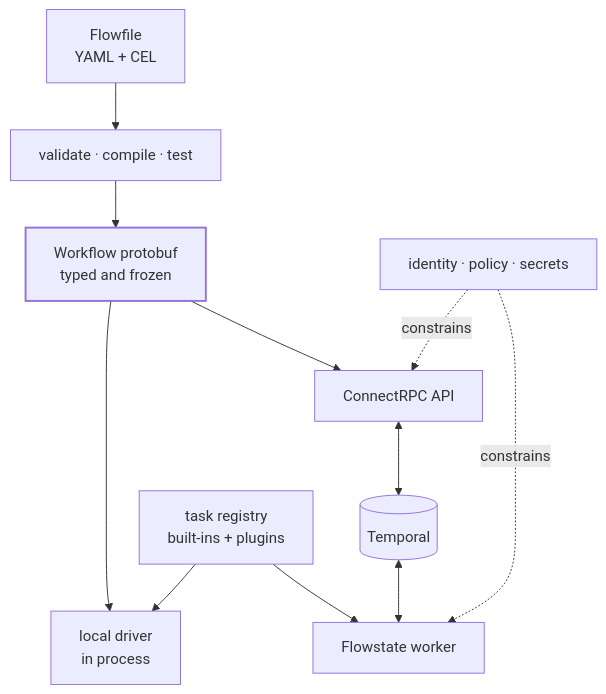
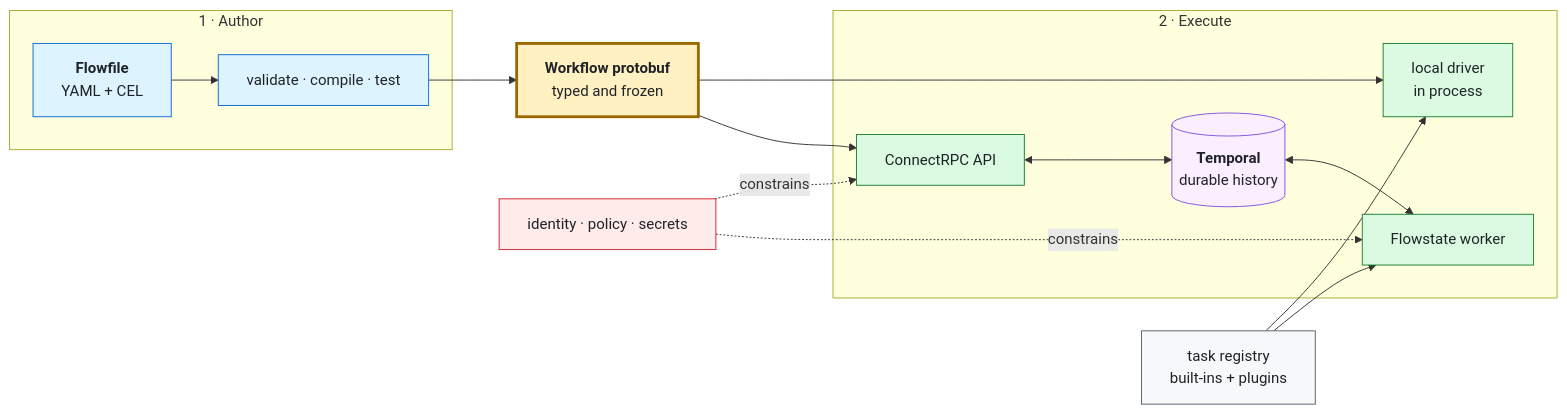
Before and after one commit to picatz/flowstate: the diagram in README.md, drawn with Mermaid. The commit also changed 8 other files, not shown here.

First line of the commit message:
docs: give every diagram one palette and a style guide

````diff
--- a/README.md
+++ b/README.md
@@ -129,16 +129,42 @@
 ```mermaid
-flowchart TB
-  File["Flowfile<br/>YAML + CEL"] --> Check["validate · compile · test"]
-  Check --> Spec["Workflow protobuf<br/>typed and frozen"]
-  Spec --> Local["local driver<br/>in process"]
-  Spec --> API["ConnectRPC API"]
-  API <--> Temporal[("Temporal")]
-  Temporal <--> Worker["Flowstate worker"]
-  Registry["task registry<br/>built-ins + plugins"] --> Local
+flowchart LR
+  subgraph author["1 · Author"]
+    File["<b>Flowfile</b><br/>YAML + CEL"]
+    Check["validate · compile · test"]
+  end
+
+  Spec["<b>Workflow protobuf</b><br/>typed and frozen"]
+
+  subgraph execute["2 · Execute"]
+    Local["local driver<br/>in process"]
+    API["ConnectRPC API"]
+    Temporal[("<b>Temporal</b><br/>durable history")]
+    Worker["Flowstate worker"]
+  end
+
+  Registry["task registry<br/>built-ins + plugins"]
+  Policy["identity · policy · secrets"]
+
+  File --> Check --> Spec
+  Spec --> Local
+  Spec --> API
+  API <--> Temporal
+  Temporal <--> Worker
+  Registry --> Local
   Registry --> Worker
-  Policy["identity · policy · secrets"] -. constrains .-> API
-  Policy -. constrains .-> Worker
+  Policy -.-> |constrains| API
+  Policy -.-> |constrains| Worker
 
-  classDef contract stroke-width:2px;
-  class Spec contract;
+  classDef authoring fill:#DDF4FF,stroke:#0969DA,color:#1F2328
+  classDef contract fill:#FFF1C2,stroke:#9A6700,stroke-width:3px,color:#1F2328
+  classDef runtime fill:#DAFBE1,stroke:#1A7F37,color:#1F2328
+  classDef durable fill:#FBEFFF,stroke:#8250DF,color:#1F2328
+  classDef govern fill:#FFEBE9,stroke:#CF222E,color:#1F2328
+  classDef neutral fill:#F6F8FA,stroke:#57606A,color:#1F2328
+  class File,Check authoring
+  class Spec contract
+  class Local,API,Worker runtime
+  class Temporal durable
+  class Policy govern
+  class Registry neutral
 ```
````
